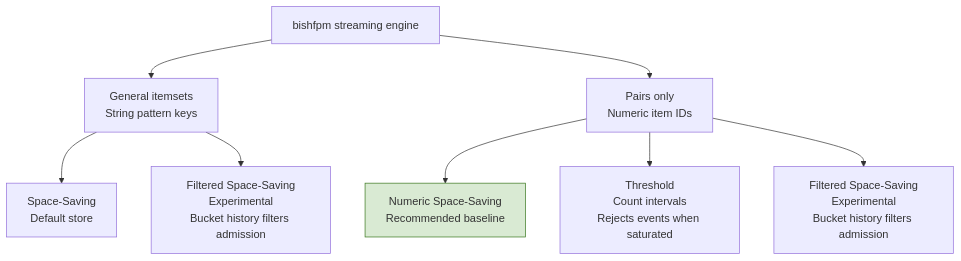
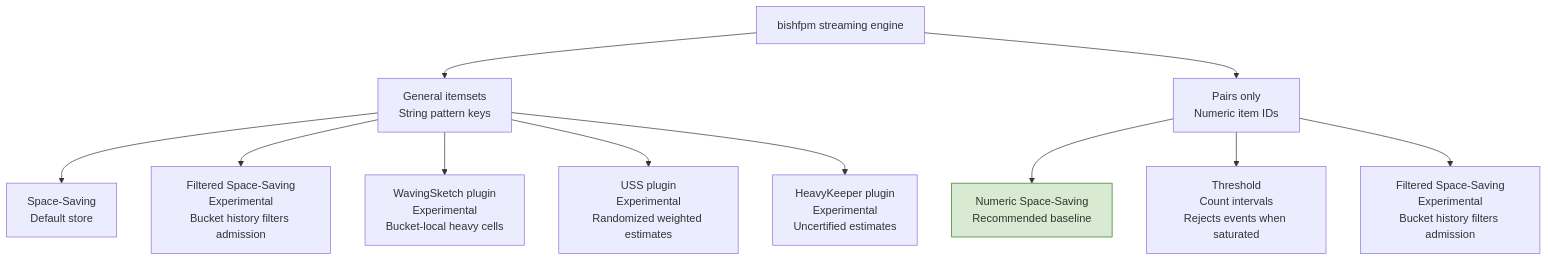
Before and after one commit to sleepybishop/bishfpm: the diagram in README.md, drawn with Mermaid. The commit also changed other lines of this file and 53 other files, not shown here.

````diff
--- a/README.md
+++ b/README.md
@@ -119,14 +133,17 @@
 ```mermaid
 flowchart TD
     A["bishfpm streaming engine"] --> G["General itemsets<br/>String pattern keys"]
     A --> P["Pairs only<br/>Numeric item IDs"]
 
     G --> SS["Space-Saving<br/>Default store"]
     G --> GFSS["Filtered Space-Saving<br/>Experimental<br/>Bucket history filters admission"]
+    G --> WS["WavingSketch plugin<br/>Experimental<br/>Bucket-local heavy cells"]
+    G --> USS["USS plugin<br/>Experimental<br/>Randomized weighted estimates"]
+    G --> HK["HeavyKeeper plugin<br/>Experimental<br/>Uncertified estimates"]
 
     P --> NSS["Numeric Space-Saving<br/>Recommended baseline"]
     P --> TH["Threshold<br/>Count intervals<br/>Rejects events when saturated"]
     P --> FSS["Filtered Space-Saving<br/>Experimental<br/>Bucket history filters admission"]
 
     style NSS fill:#d9ead3,stroke:#38761d
 ```
````
